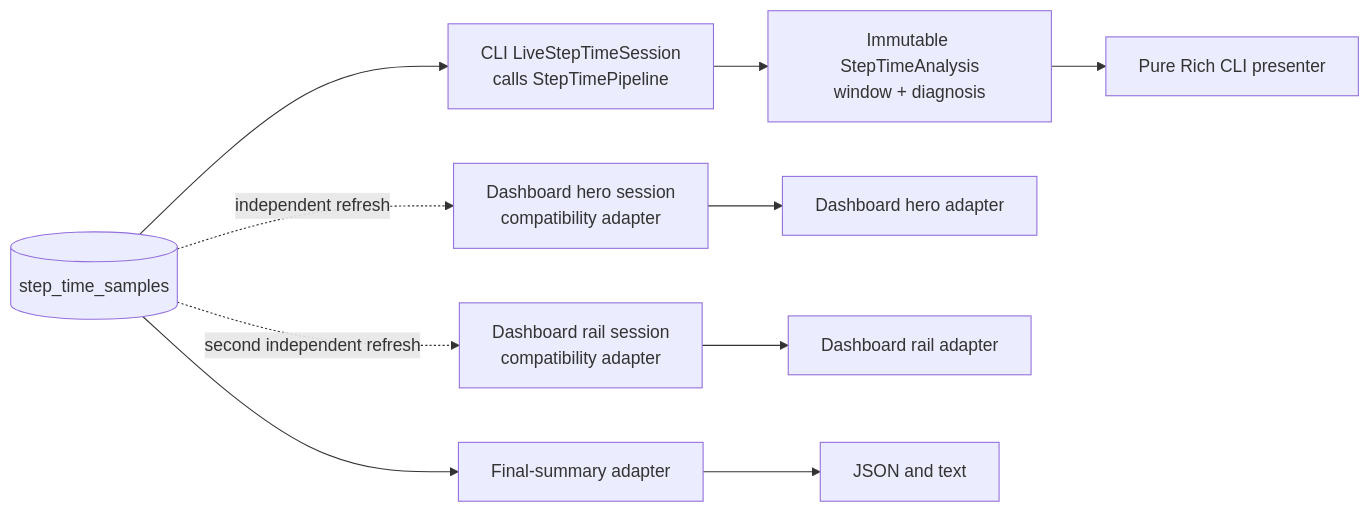
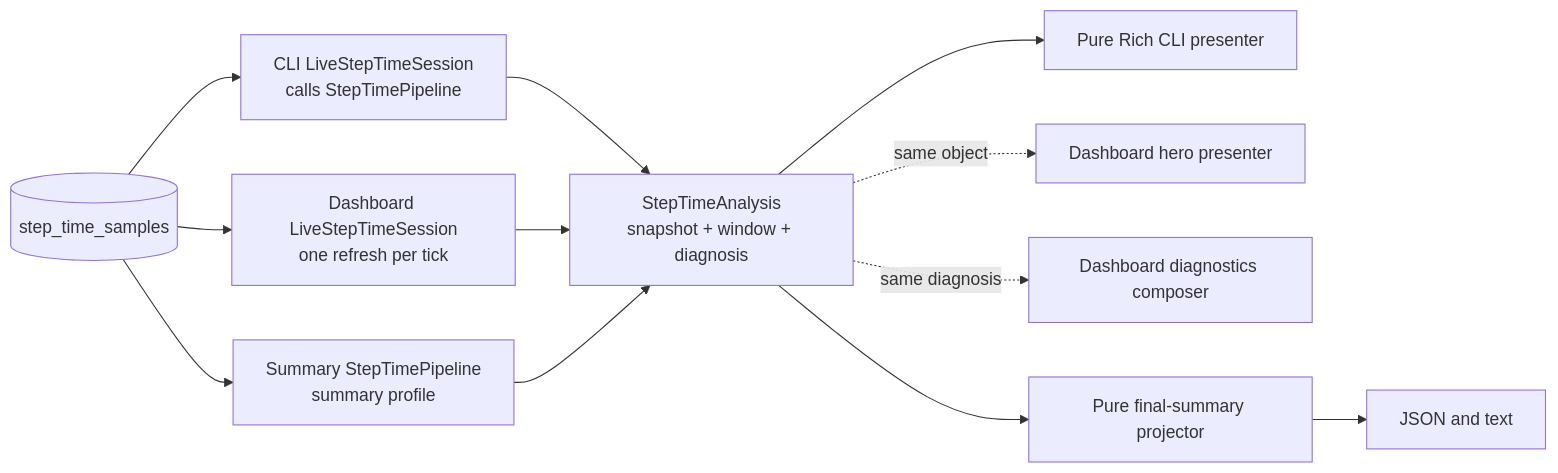
One commit to traceopt-ai/traceml changed the diagram in docs/developer_guide/step-time-pipeline-contract.md. Above: the diagram before and after it, drawn with Mermaid. The commit also changed other lines of this file and 54 other files, not shown here.

Commit message:
Abhinav/step time/edit7 (#301)

````diff
--- a/docs/developer_guide/step-time-pipeline-contract.md
+++ b/docs/developer_guide/step-time-pipeline-contract.md
@@ -14,18 +13,19 @@
 ```mermaid
 flowchart LR
     DB[(step_time_samples)]
     CLS["CLI LiveStepTimeSession<br/>calls StepTimePipeline"]
-    HLS["Dashboard hero session<br/>compatibility adapter"]
-    RLS["Dashboard rail session<br/>compatibility adapter"]
-    RESULT["Immutable StepTimeAnalysis<br/>window + diagnosis"]
+    DLS["Dashboard LiveStepTimeSession<br/>one refresh per tick"]
+    SPS["Summary StepTimePipeline<br/>summary profile"]
+    RESULT["StepTimeAnalysis<br/>snapshot + window + diagnosis"]
     CLI["Pure Rich CLI presenter"]
-    HERO["Dashboard hero adapter"]
-    RAIL["Dashboard rail adapter"]
-    SUM["Final-summary adapter"]
+    HERO["Dashboard hero presenter"]
+    RAIL["Dashboard diagnostics composer"]
+    SUM["Pure final-summary projector"]
     OUT["JSON and text"]
 
     DB --> CLS --> RESULT --> CLI
-    DB -. "independent refresh" .-> HLS --> HERO
-    DB -. "second independent refresh" .-> RLS --> RAIL
-    DB --> SUM --> OUT
+    DB --> DLS --> RESULT
+    RESULT -. "same object" .-> HERO
+    RESULT -. "same diagnosis" .-> RAIL
+    DB --> SPS --> RESULT --> SUM --> OUT
 ```
````
